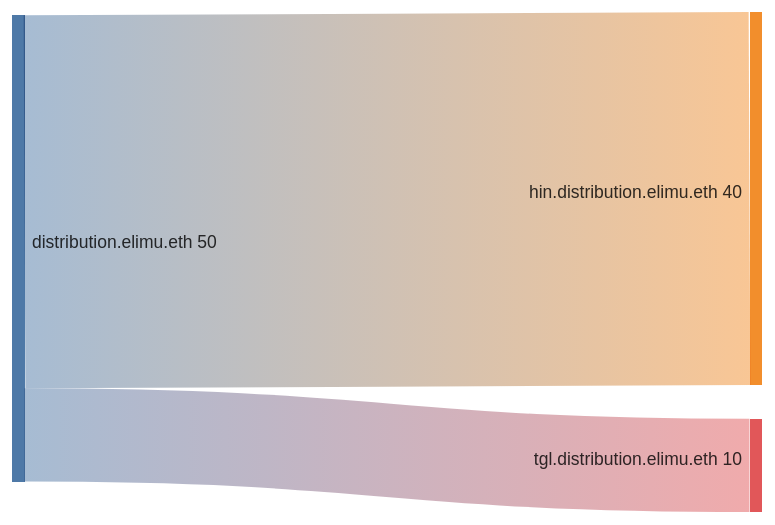
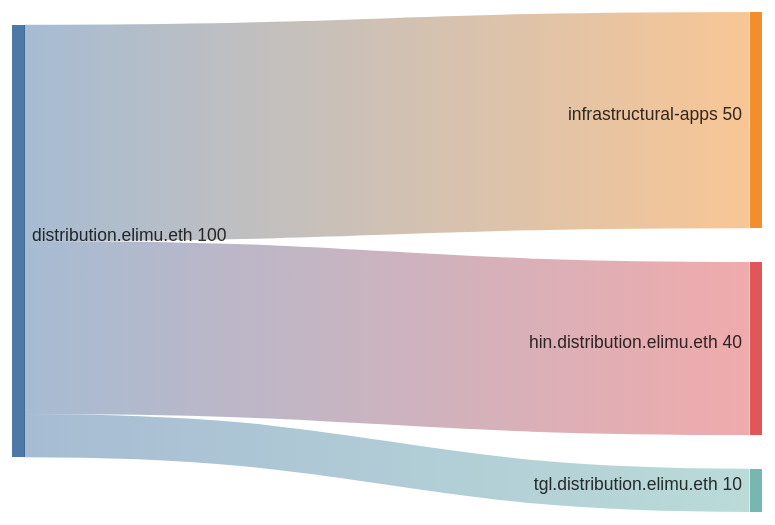
The third of 3 diagrams in DRIP_LIST_FUNDING_SPLITS.md (elimu-ai/web3-wiki), drawn with Mermaid before and after one commit. The commit also changed other lines of this file, not shown here.

````diff
--- a/DRIP_LIST_FUNDING_SPLITS.md
+++ b/DRIP_LIST_FUNDING_SPLITS.md
@@ -94,7 +96,8 @@
 ```mermaid
 sankey-beta
 
 %% source,target,value
+distribution.elimu.eth,infrastructural-apps,50
 distribution.elimu.eth,hin.distribution.elimu.eth,40
 distribution.elimu.eth,tgl.distribution.elimu.eth,10
 ```
````
